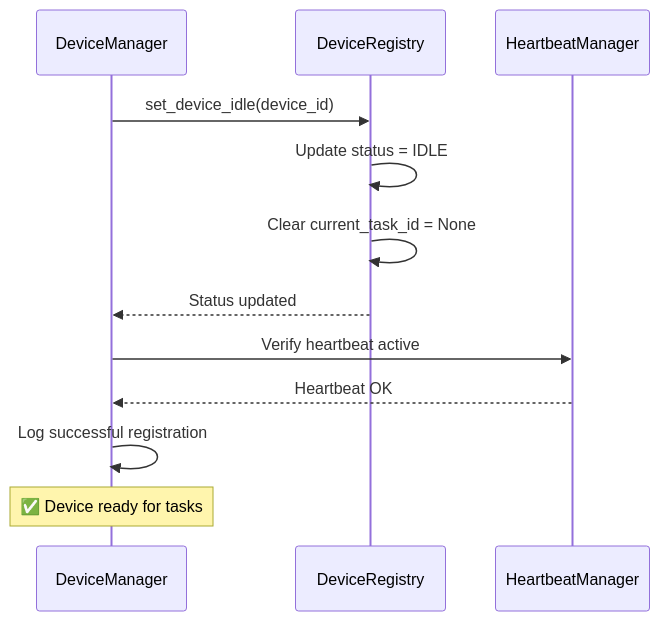
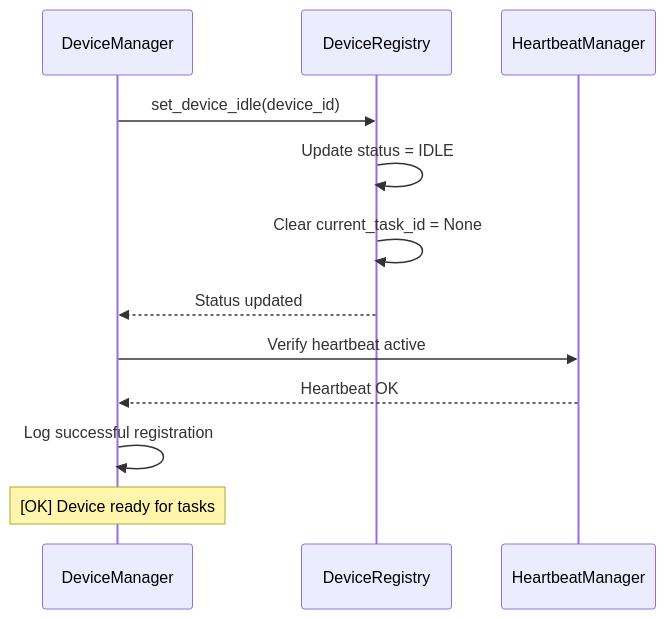
Before and after one commit to DEVELOPER-DEEVEN/alien-project: the seventh of 7 diagrams in documents/docs/network/agent_registration/registration_flow.md, drawn with Mermaid. The commit also changed other lines of this file and 290 other files, not shown here.

````diff
--- a/documents/docs/network/agent_registration/registration_flow.md
+++ b/documents/docs/network/agent_registration/registration_flow.md
@@ -651,18 +651,18 @@
 ```mermaid
 sequenceDiagram
     participant Manager as DeviceManager
     participant Registry as DeviceRegistry
     participant HB as HeartbeatManager
     
     Manager->>Registry: set_device_idle(device_id)
     
     Registry->>Registry: Update status = IDLE
     Registry->>Registry: Clear current_task_id = None
     Registry-->>Manager: Status updated
     
     Manager->>HB: Verify heartbeat active
     HB-->>Manager: Heartbeat OK
     
     Manager->>Manager: Log successful registration
-    Note over Manager: ✅ Device ready for tasks
+    Note over Manager: [OK] Device ready for tasks
 ```
````
